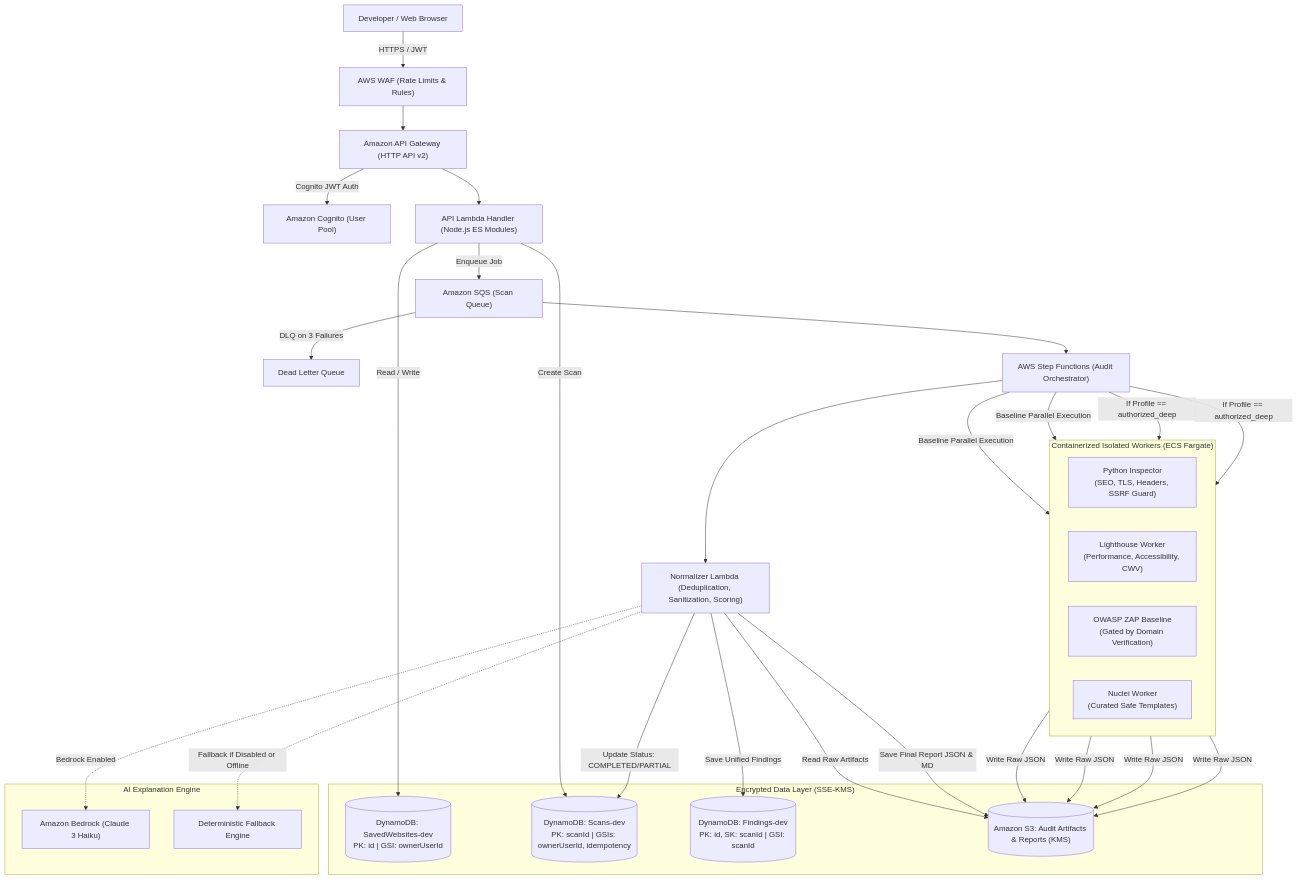
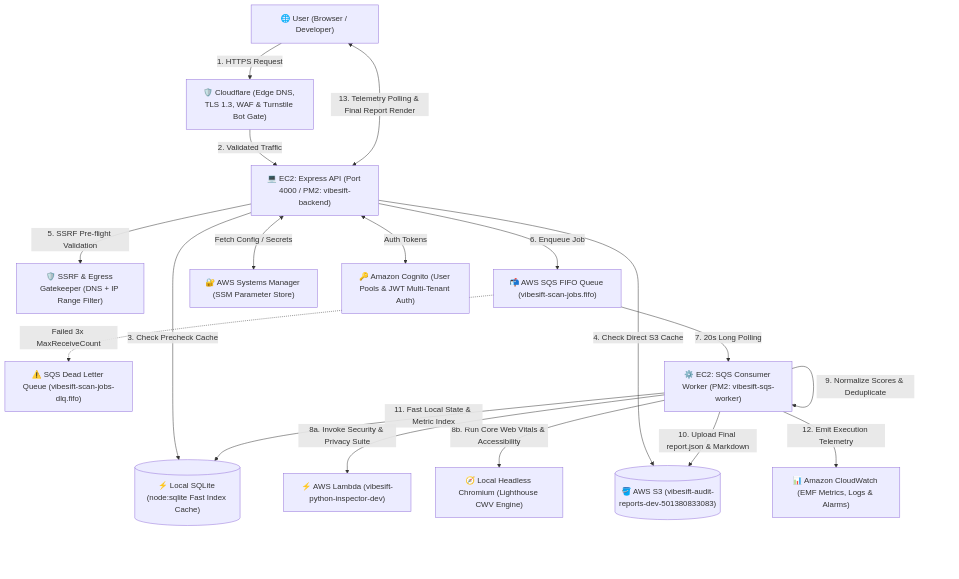
One commit to Sudhaanshuu/VibeSift changed the diagram in docs/ARCHITECTURE.md. Above: the diagram before and after it, drawn with Mermaid. The commit also changed other lines of this file and 13 other files, not shown here.

Commit message:
docs: sync all technical architecture, runbook, study guides, and deployment docs with live AWS infrastructure

````diff
--- a/docs/ARCHITECTURE.md
+++ b/docs/ARCHITECTURE.md
@@ -9,52 +9,35 @@
 ```mermaid
 flowchart TD
-    User["Developer / Web Browser"] -->|HTTPS / JWT| WAF["AWS WAF (Rate Limits & Rules)"]
-    WAF --> APIGW["Amazon API Gateway (HTTP API v2)"]
-    APIGW -->|Cognito JWT Auth| Cognito["Amazon Cognito (User Pool)"]
-    APIGW --> ApiLambda["API Lambda Handler (Node.js ES Modules)"]
-    
-    subgraph Storage ["Encrypted Data Layer (SSE-KMS)"]
-        DDB_Sites[("DynamoDB: SavedWebsites-dev<br/>PK: id | GSI: ownerUserId")]
-        DDB_Scans[("DynamoDB: Scans-dev<br/>PK: scanId | GSIs: ownerUserId, idempotency")]
-        DDB_Findings[("DynamoDB: Findings-dev<br/>PK: id, SK: scanId | GSI: scanId")]
-        S3_Reports[("Amazon S3: Audit Artifacts & Reports (KMS)")]
-    end
-    
-    ApiLambda -->|Read / Write| DDB_Sites
-    ApiLambda -->|Create Scan| DDB_Scans
-    ApiLambda -->|Enqueue Job| SQS["Amazon SQS (Scan Queue)"]
-    SQS -->|DLQ on 3 Failures| DLQ["Dead Letter Queue"]
-    
-    SQS --> SFN["AWS Step Functions (Audit Orchestrator)"]
-    
-    subgraph Workers ["Containerized Isolated Workers (ECS Fargate)"]
-        direction LR
-        Worker_Py["Python Inspector<br/>(SEO, TLS, Headers, SSRF Guard)"]
-        Worker_LH["Lighthouse Worker<br/>(Performance, Accessibility, CWV)"]
-        Worker_ZAP["OWASP ZAP Baseline<br/>(Gated by Domain Verification)"]
-        Worker_NUC["Nuclei Worker<br/>(Curated Safe Templates)"]
-    end
-    
-    SFN -->|Baseline Parallel Execution| Worker_Py
-    SFN -->|Baseline Parallel Execution| Worker_LH
-    SFN -->|If Profile == authorized_deep| Worker_ZAP
-    SFN -->|If Profile == authorized_deep| Worker_NUC
-    
-    Worker_Py -->|Write Raw JSON| S3_Reports
-    Worker_LH -->|Write Raw JSON| S3_Reports
-    Worker_ZAP -->|Write Raw JSON| S3_Reports
-    Worker_NUC -->|Write Raw JSON| S3_Reports
-    
-    SFN --> NormalizerLambda["Normalizer Lambda (Deduplication, Sanitization, Scoring)"]
-    NormalizerLambda -->|Read Raw Artifacts| S3_Reports
-    NormalizerLambda -->|Save Unified Findings| DDB_Findings
-    NormalizerLambda -->|Save Final Report JSON & MD| S3_Reports
-    NormalizerLambda -->|Update Status: COMPLETED/PARTIAL| DDB_Scans
-    
-    subgraph OptionalAI ["AI Explanation Engine"]
-        Bedrock["Amazon Bedrock (Claude 3 Haiku)"]
-        FallbackAI["Deterministic Fallback Engine"]
-    end
-    NormalizerLambda -.->|Bedrock Enabled| Bedrock
-    NormalizerLambda -.->|Fallback if Disabled or Offline| FallbackAI
+    User["🌐 User (Browser / Developer)"]
+    CF["🛡️ Cloudflare (Edge DNS, TLS 1.3, WAF & Turnstile Bot Gate)"]
+    EC2_API["💻 EC2: Express API (Port 4000 / PM2: vibesift-backend)"]
+    SSRF["🛡️ SSRF & Egress Gatekeeper (DNS + IP Range Filter)"]
+    SQLITE[("⚡ Local SQLite (node:sqlite Fast Index Cache)")]
+    SQS["📬 AWS SQS FIFO Queue (vibesift-scan-jobs.fifo)"]
+    DLQ["⚠️ SQS Dead Letter Queue (vibesift-scan-jobs-dlq.fifo)"]
+    EC2_WORKER["⚙️ EC2: SQS Consumer Worker (PM2: vibesift-sqs-worker)"]
+    LAMBDA["⚡ AWS Lambda (vibesift-python-inspector-dev)"]
+    CHROME["🧭 Local Headless Chromium (Lighthouse CWV Engine)"]
+    S3[("🪣 AWS S3 (vibesift-audit-reports-dev-501380833083)")]
+    CW["📊 Amazon CloudWatch (EMF Metrics, Logs & Alarms)"]
+    SSM["🔐 AWS Systems Manager (SSM Parameter Store)"]
+    COG["🔑 Amazon Cognito (User Pools & JWT Multi-Tenant Auth)"]
+
+    User -->|1. HTTPS Request| CF
+    CF -->|2. Validated Traffic| EC2_API
+    EC2_API <-->|Auth Tokens| COG
+    EC2_API <-->|Fetch Config / Secrets| SSM
+    EC2_API -->|3. Check Precheck Cache| SQLITE
+    EC2_API -->|4. Check Direct S3 Cache| S3
+    EC2_API -->|5. SSRF Pre-flight Validation| SSRF
+    EC2_API -->|6. Enqueue Job| SQS
+    SQS -.->|Failed 3x MaxReceiveCount| DLQ
+    SQS -->|7. 20s Long Polling| EC2_WORKER
+    EC2_WORKER -->|8a. Invoke Security & Privacy Suite| LAMBDA
+    EC2_WORKER -->|8b. Run Core Web Vitals & Accessibility| CHROME
+    EC2_WORKER -->|9. Normalize Scores & Deduplicate| EC2_WORKER
+    EC2_WORKER -->|10. Upload Final report.json & Markdown| S3
+    EC2_WORKER -->|11. Fast Local State & Metric Index| SQLITE
+    EC2_WORKER -->|12. Emit Execution Telemetry| CW
+    User <-->|13. Telemetry Polling & Final Report Render| EC2_API
 ```
````
